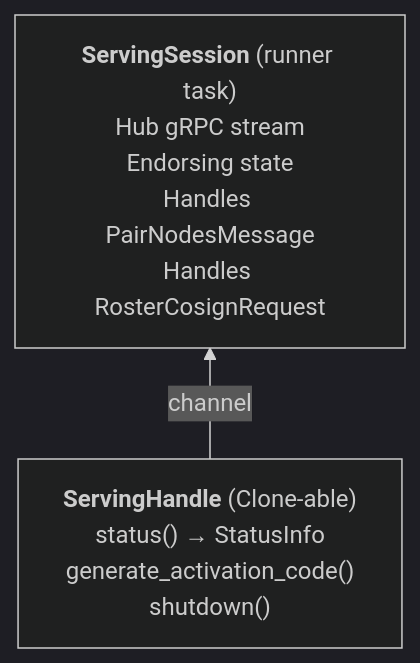
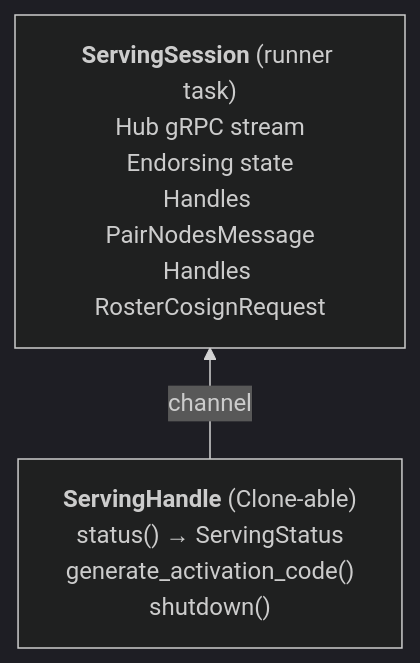
Before and after one commit to s-te-ch/wispers-client: the second of 5 diagrams in docs/INTERNALS.md, drawn with Mermaid (dark theme). The commit also changed other lines of this file and 2 other files, not shown here.

Commit message:
s/StatusInfo/ServingStatus/. This became unclear when we went from serving::StatusInfo to just StatusInfo

````diff
--- a/docs/INTERNALS.md
+++ b/docs/INTERNALS.md
@@ -157,7 +157,7 @@
 ```mermaid
 flowchart BT
-    Handle["<b>ServingHandle</b> (Clone-able)<br/>status() → StatusInfo<br/>generate_activation_code()<br/>shutdown()"]
+    Handle["<b>ServingHandle</b> (Clone-able)<br/>status() → ServingStatus<br/>generate_activation_code()<br/>shutdown()"]
     Session["<b>ServingSession</b> (runner task)<br/>Hub gRPC stream<br/>Endorsing state<br/>Handles PairNodesMessage<br/>Handles RosterCosignRequest"]
 
     Handle -- "channel" --> Session
 ```
````
